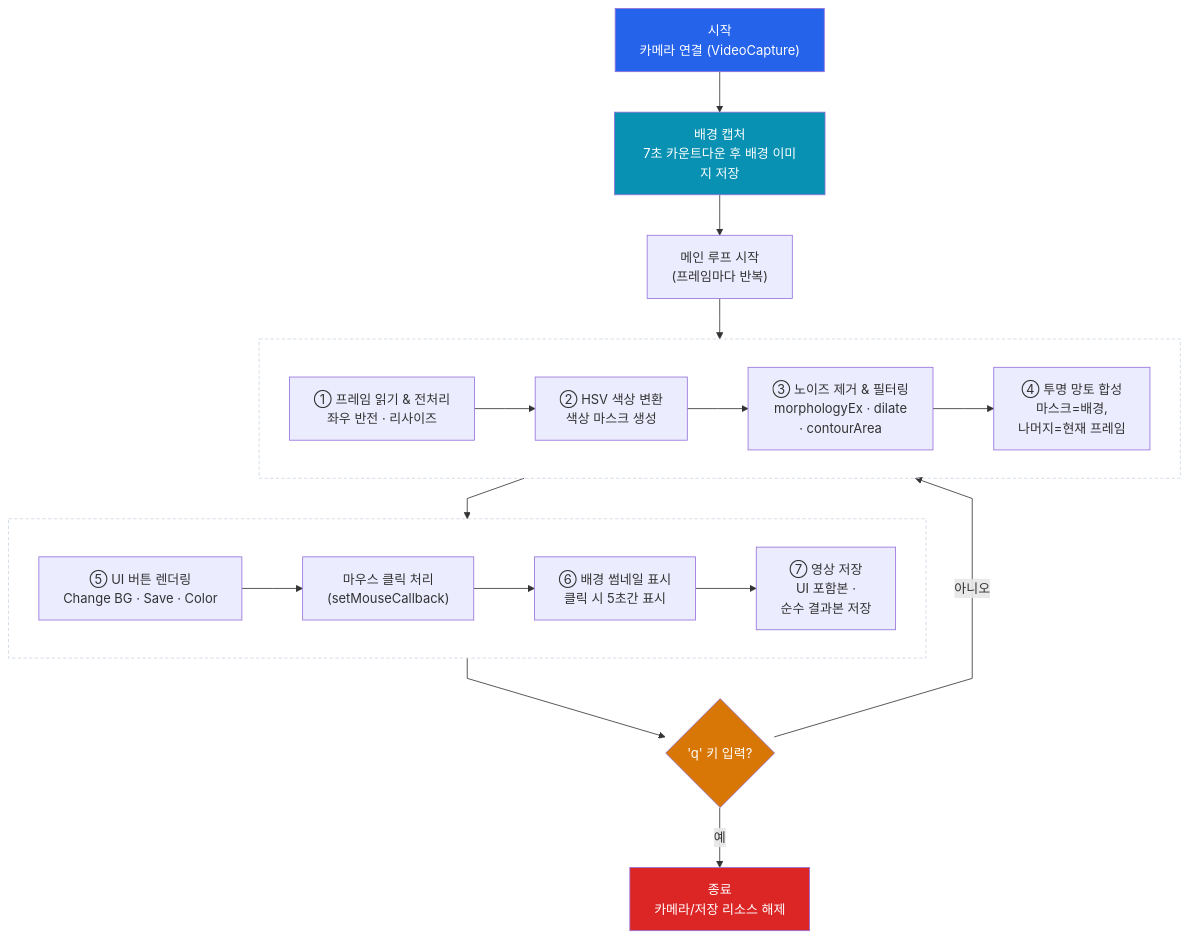
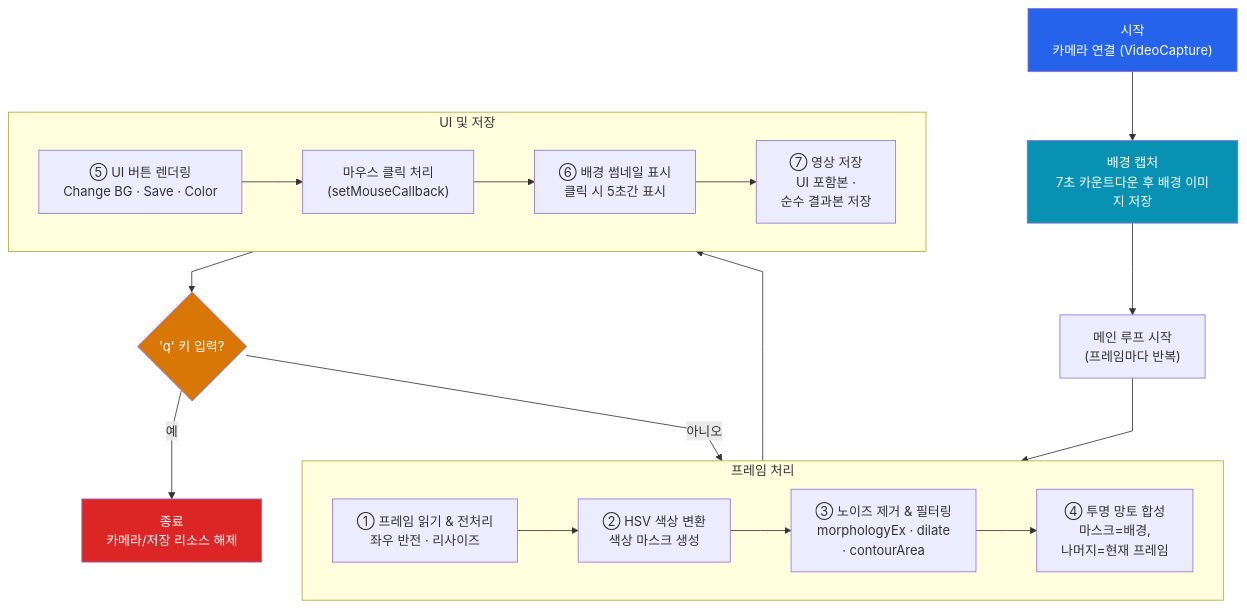
The diagram in README.md (2101080JUNGJINYOUNG/OpenCV-Invisibility-Cloak), drawn with Mermaid before and after one commit.

````diff
--- a/README.md
+++ b/README.md
@@ -15,32 +15,31 @@
 ```mermaid
-%%{init: {"flowchart": {"curve": "linear"}} }%%
+%%{init: {"flowchart": {"curve": "linear"}}}%%
 flowchart TD
     A["시작<br/>카메라 연결 (VideoCapture)"] --> B["배경 캡처<br/>7초 카운트다운 후 배경 이미지 저장"]
     B --> C["메인 루프 시작<br/>(프레임마다 반복)"]
 
-    subgraph ROW2[" "]
+    subgraph ROW1["프레임 처리"]
+        direction LR
+        C1["① 프레임 읽기 & 전처리<br/>좌우 반전 · 리사이즈"] --> C2["② HSV 색상 변환<br/>색상 마스크 생성"]
+        C2 --> C3["③ 노이즈 제거 & 필터링<br/>morphologyEx · dilate<br/>· contourArea"]
+        C3 --> C4["④ 투명 망토 합성<br/>마스크=배경,<br/>나머지=현재 프레임"]
+    end
+
+    subgraph ROW2["UI 및 저장"]
         direction LR
         C5["⑤ UI 버튼 렌더링<br/>Change BG · Save · Color"] --> C6["마우스 클릭 처리<br/>(setMouseCallback)"]
         C6 --> C7["⑥ 배경 썸네일 표시<br/>클릭 시 5초간 표시"]
         C7 --> C8["⑦ 영상 저장<br/>UI 포함본 ·<br/>순수 결과본 저장"]
-    end
-    subgraph ROW1[" "]
-        direction LR
-        C1["① 프레임 읽기 & 전처리<br/>좌우 반전 · 리사이즈"] --> C2["② HSV 색상 변환<br/>색상 마스크 생성"]
-        C2 --> C3["③ 노이즈 제거 & 필터링<br/>morphologyEx · dilate<br/>· contourArea"]
-        C3 --> C4["④ 투명 망토 합성<br/>마스크=배경,<br/>나머지=현재 프레임"]
     end
 
     C --> ROW1
     ROW1 --> ROW2
     ROW2 --> D{"'q' 키 입력?"}
     D -- 아니오 --> ROW1
     D -- 예 --> E["종료<br/>카메라/저장 리소스 해제"]
 
     style A fill:#2563eb,color:#fff
-    style E fill:#dc2626,color:#fff
     style B fill:#0891b2,color:#fff
     style D fill:#d97706,color:#fff
-    style ROW1 fill:transparent,stroke:#cbd5e1,stroke-dasharray: 4 3
-    style ROW2 fill:transparent,stroke:#cbd5e1,stroke-dasharray: 4 3
+    style E fill:#dc2626,color:#fff
 ```
````
